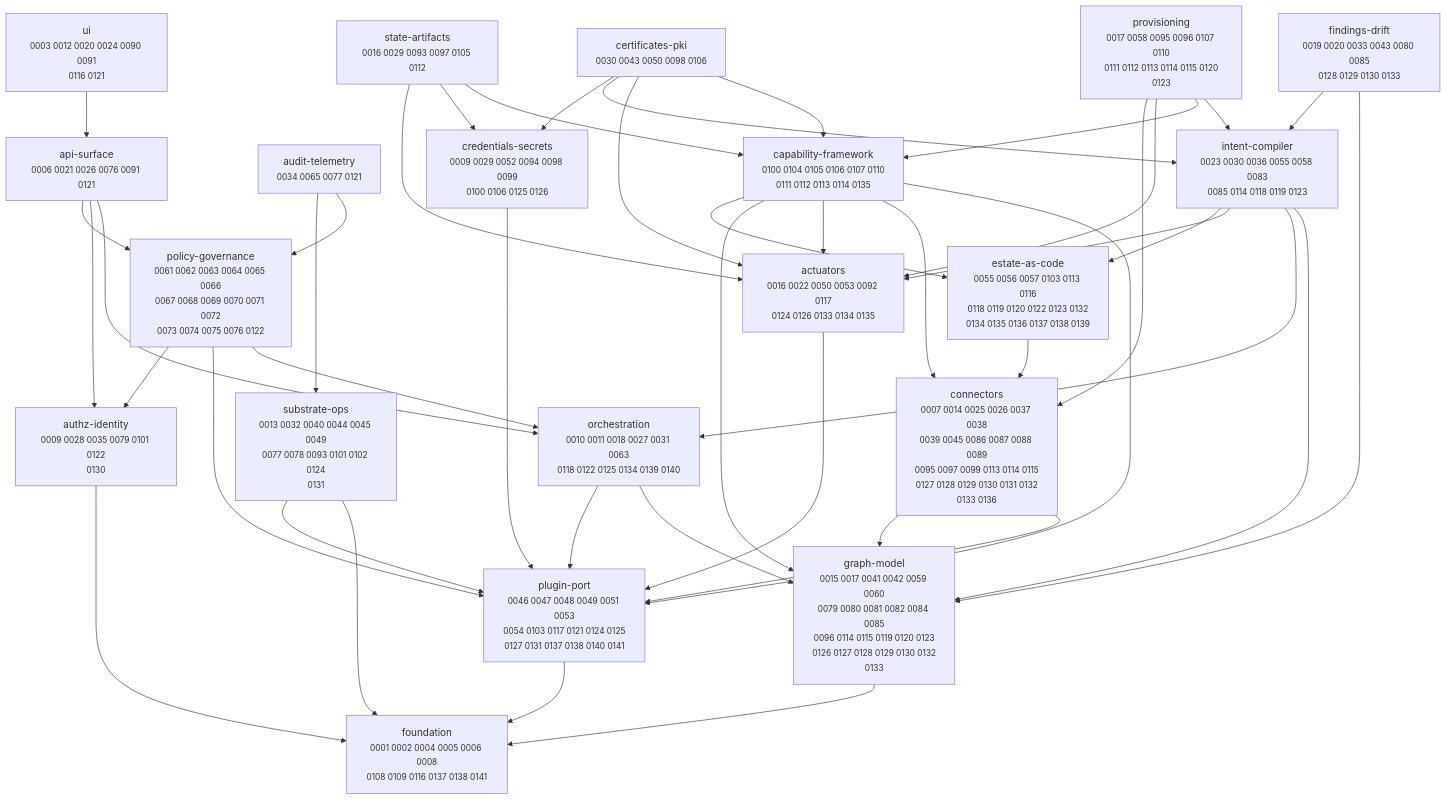
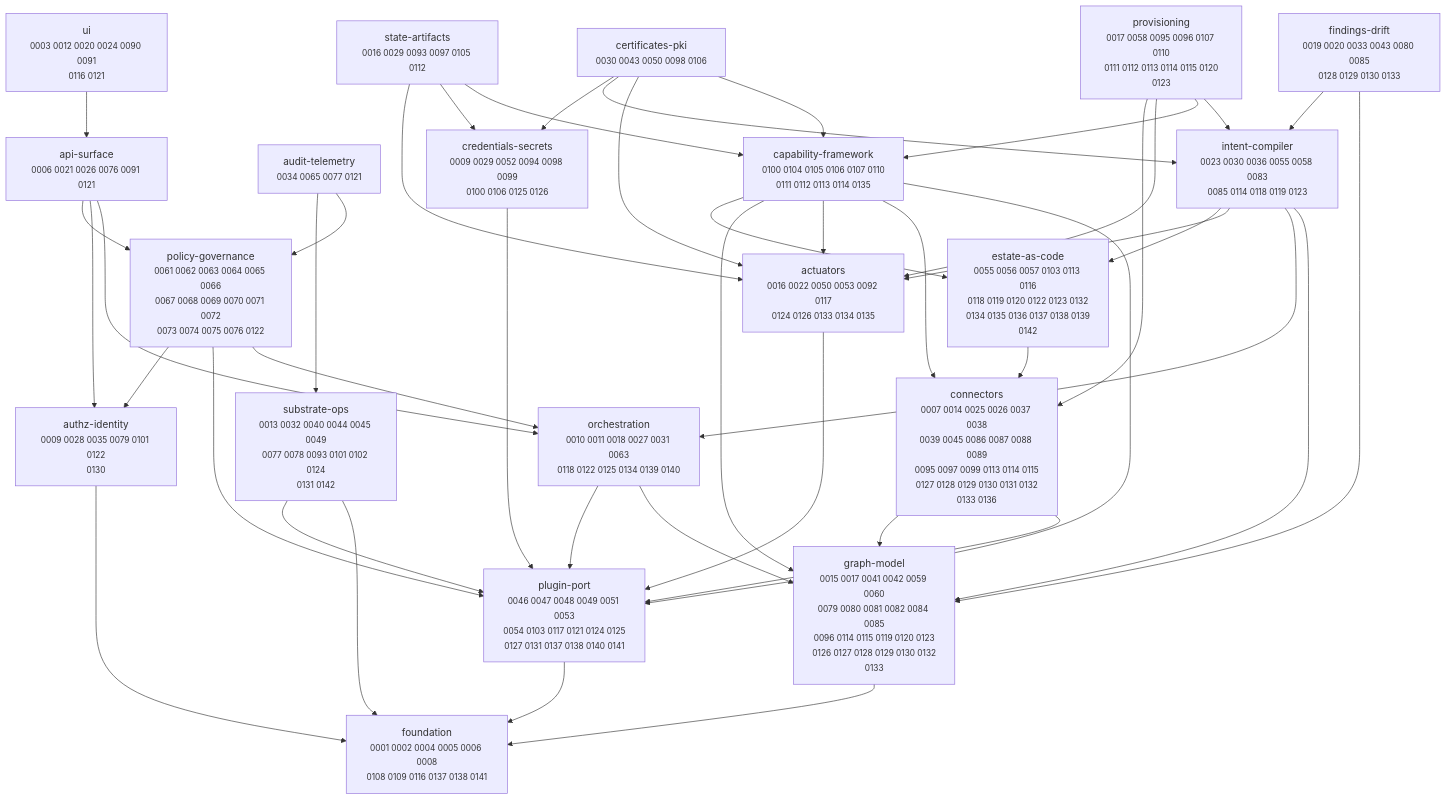
The diagram in docs/adr/MAP.md (dstout-devops/stratt), drawn with Mermaid before and after one commit. The commit also changed other lines of this file and 9 other files, not shown here.

````diff
--- a/docs/adr/MAP.md
+++ b/docs/adr/MAP.md
@@ -11,67 +11,67 @@
 ```mermaid
 graph TD
   actuators["actuators<br/><small>0016 0022 0050 0053 0092 0117<br/>0124 0126 0133 0134 0135</small>"]
   api_surface["api-surface<br/><small>0006 0021 0026 0076 0091 0121</small>"]
   audit_telemetry["audit-telemetry<br/><small>0034 0065 0077 0121</small>"]
   authz_identity["authz-identity<br/><small>0009 0028 0035 0079 0101 0122<br/>0130</small>"]
   capability_framework["capability-framework<br/><small>0100 0104 0105 0106 0107 0110<br/>0111 0112 0113 0114 0135</small>"]
   certificates_pki["certificates-pki<br/><small>0030 0043 0050 0098 0106</small>"]
   connectors["connectors<br/><small>0007 0014 0025 0026 0037 0038<br/>0039 0045 0086 0087 0088 0089<br/>0095 0097 0099 0113 0114 0115<br/>0127 0128 0129 0130 0131 0132<br/>0133 0136</small>"]
   credentials_secrets["credentials-secrets<br/><small>0009 0029 0052 0094 0098 0099<br/>0100 0106 0125 0126</small>"]
-  estate_as_code["estate-as-code<br/><small>0055 0056 0057 0103 0113 0116<br/>0118 0119 0120 0122 0123 0132<br/>0134 0135 0136 0137 0138 0139</small>"]
+  estate_as_code["estate-as-code<br/><small>0055 0056 0057 0103 0113 0116<br/>0118 0119 0120 0122 0123 0132<br/>0134 0135 0136 0137 0138 0139<br/>0142</small>"]
   findings_drift["findings-drift<br/><small>0019 0020 0033 0043 0080 0085<br/>0128 0129 0130 0133</small>"]
   foundation["foundation<br/><small>0001 0002 0004 0005 0006 0008<br/>0108 0109 0116 0137 0138 0141</small>"]
   graph_model["graph-model<br/><small>0015 0017 0041 0042 0059 0060<br/>0079 0080 0081 0082 0084 0085<br/>0096 0114 0115 0119 0120 0123<br/>0126 0127 0128 0129 0130 0132<br/>0133</small>"]
   intent_compiler["intent-compiler<br/><small>0023 0030 0036 0055 0058 0083<br/>0085 0114 0118 0119 0123</small>"]
   orchestration["orchestration<br/><small>0010 0011 0018 0027 0031 0063<br/>0118 0122 0125 0134 0139 0140</small>"]
   plugin_port["plugin-port<br/><small>0046 0047 0048 0049 0051 0053<br/>0054 0103 0117 0121 0124 0125<br/>0127 0131 0137 0138 0140 0141</small>"]
   policy_governance["policy-governance<br/><small>0061 0062 0063 0064 0065 0066<br/>0067 0068 0069 0070 0071 0072<br/>0073 0074 0075 0076 0122</small>"]
   provisioning["provisioning<br/><small>0017 0058 0095 0096 0107 0110<br/>0111 0112 0113 0114 0115 0120<br/>0123</small>"]
   state_artifacts["state-artifacts<br/><small>0016 0029 0093 0097 0105 0112</small>"]
-  substrate_ops["substrate-ops<br/><small>0013 0032 0040 0044 0045 0049<br/>0077 0078 0093 0101 0102 0124<br/>0131</small>"]
+  substrate_ops["substrate-ops<br/><small>0013 0032 0040 0044 0045 0049<br/>0077 0078 0093 0101 0102 0124<br/>0131 0142</small>"]
   ui["ui<br/><small>0003 0012 0020 0024 0090 0091<br/>0116 0121</small>"]
 
   actuators --> plugin_port
   api_surface --> orchestration
   api_surface --> authz_identity
   api_surface --> policy_governance
   audit_telemetry --> policy_governance
   audit_telemetry --> substrate_ops
   authz_identity --> foundation
   capability_framework --> plugin_port
   capability_framework --> connectors
   capability_framework --> actuators
   capability_framework --> graph_model
   capability_framework --> estate_as_code
   certificates_pki --> capability_framework
   certificates_pki --> actuators
   certificates_pki --> intent_compiler
   certificates_pki --> credentials_secrets
   connectors --> plugin_port
   connectors --> graph_model
   credentials_secrets --> plugin_port
   estate_as_code --> connectors
   findings_drift --> graph_model
   findings_drift --> intent_compiler
   graph_model --> foundation
   intent_compiler --> graph_model
   intent_compiler --> orchestration
   intent_compiler --> actuators
   intent_compiler --> estate_as_code
   orchestration --> graph_model
   orchestration --> plugin_port
   plugin_port --> foundation
   policy_governance --> orchestration
   policy_governance --> plugin_port
   policy_governance --> authz_identity
   provisioning --> intent_compiler
   provisioning --> capability_framework
   provisioning --> actuators
   provisioning --> connectors
   state_artifacts --> capability_framework
   state_artifacts --> credentials_secrets
   state_artifacts --> actuators
   substrate_ops --> foundation
   substrate_ops --> plugin_port
   ui --> api_surface
 ```
````
